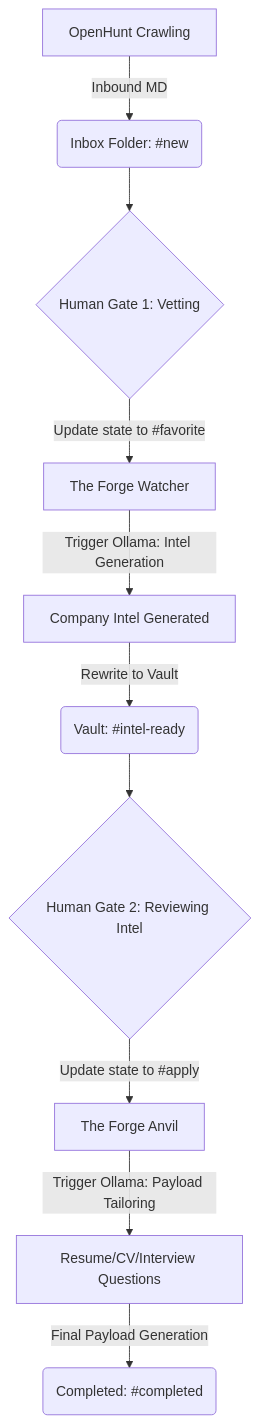
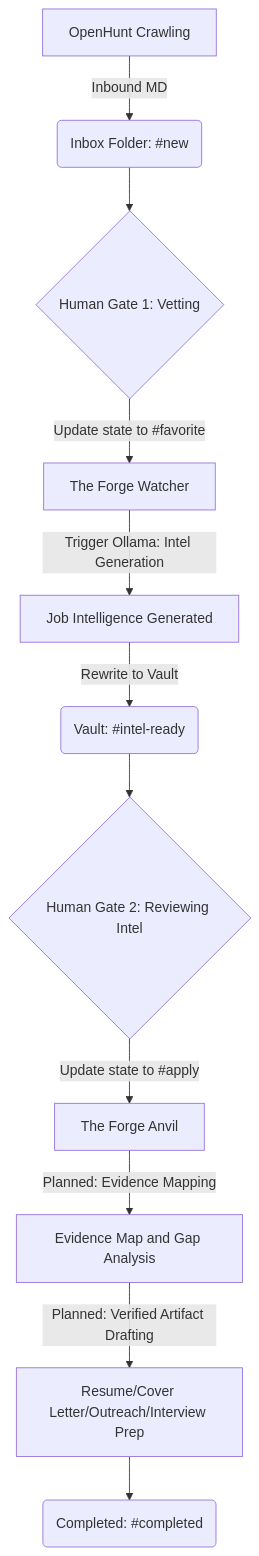
One commit to admbahm/theForge changed the diagram in README.md. Above: the diagram before and after it, drawn with Mermaid. The commit also changed other lines of this file and 6 other files, not shown here.

````diff
--- a/README.md
+++ b/README.md
@@ -25,12 +54,13 @@
 ```mermaid
 graph TD
     A[OpenHunt Crawling] -->|Inbound MD| B(Inbox Folder: #new)
     B --> C{Human Gate 1: Vetting}
     C -->|Update state to #favorite| D[The Forge Watcher]
-    D -->|Trigger Ollama: Intel Generation| E[Company Intel Generated]
+    D -->|Trigger Ollama: Intel Generation| E[Job Intelligence Generated]
     E -->|Rewrite to Vault| F(Vault: #intel-ready)
     F --> G{Human Gate 2: Reviewing Intel}
     G -->|Update state to #apply| H[The Forge Anvil]
-    H -->|Trigger Ollama: Payload Tailoring| I[Resume/CV/Interview Questions]
-    I -->|Final Payload Generation| J(Completed: #completed)
+    H -->|Planned: Evidence Mapping| I[Evidence Map and Gap Analysis]
+    I -->|Planned: Verified Artifact Drafting| J[Resume/Cover Letter/Outreach/Interview Prep]
+    J --> K(Completed: #completed)
 ```
````
